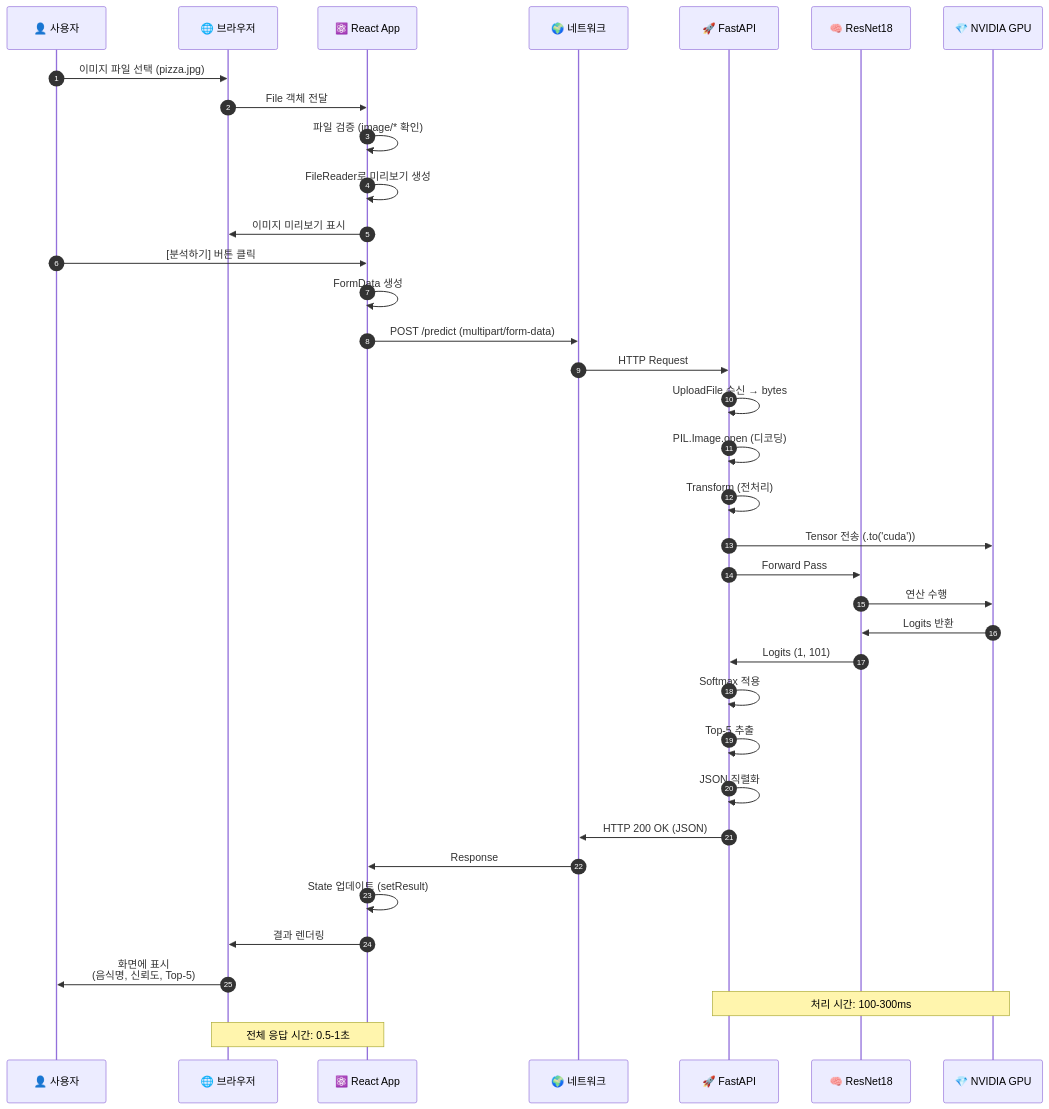
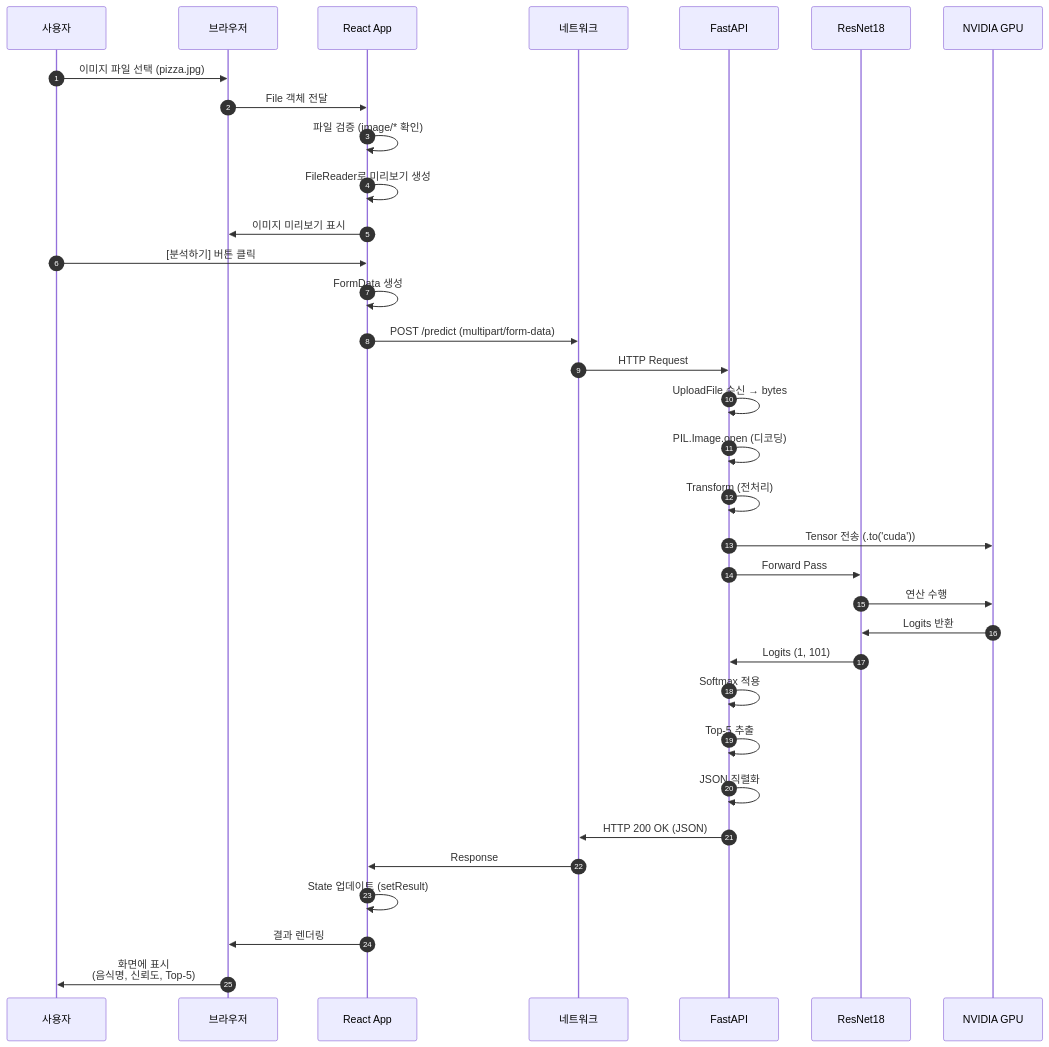
One commit to 15tkdgns/cnn changed the tenth of 11 diagrams in diagrams/PROJECT_FLOW_MERMAID.md. Above: the diagram before and after it, drawn with Mermaid. The commit also changed other lines of this file, not shown here.

First line of the commit message:
Refactor: Mermaid 다이어그램 검증 및 가독성 개선

````diff
--- a/diagrams/PROJECT_FLOW_MERMAID.md
+++ b/diagrams/PROJECT_FLOW_MERMAID.md
@@ -421,45 +383,42 @@
 ```mermaid
 sequenceDiagram
     autonumber
-    participant User as 👤 사용자
-    participant Browser as 🌐 브라우저
-    participant React as ⚛️ React App
-    participant Network as 🌍 네트워크
-    participant FastAPI as 🚀 FastAPI
-    participant Model as 🧠 ResNet18
-    participant GPU as 💎 NVIDIA GPU
+    participant User as 사용자
+    participant Browser as 브라우저
+    participant React as React App
+    participant Network as 네트워크
+    participant FastAPI as FastAPI
+    participant Model as ResNet18
+    participant GPU as NVIDIA GPU
 
     User->>Browser: 이미지 파일 선택 (pizza.jpg)
     Browser->>React: File 객체 전달
     React->>React: 파일 검증 (image/* 확인)
     React->>React: FileReader로 미리보기 생성
     React->>Browser: 이미지 미리보기 표시
 
     User->>React: [분석하기] 버튼 클릭
     React->>React: FormData 생성
     React->>Network: POST /predict (multipart/form-data)
 
     Network->>FastAPI: HTTP Request
     FastAPI->>FastAPI: UploadFile 수신 → bytes
     FastAPI->>FastAPI: PIL.Image.open (디코딩)
     FastAPI->>FastAPI: Transform (전처리)
     FastAPI->>GPU: Tensor 전송 (.to('cuda'))
 
     FastAPI->>Model: Forward Pass
     Model->>GPU: 연산 수행
     GPU->>Model: Logits 반환
     Model->>FastAPI: Logits (1, 101)
 
     FastAPI->>FastAPI: Softmax 적용
     FastAPI->>FastAPI: Top-5 추출
     FastAPI->>FastAPI: JSON 직렬화
 
     FastAPI->>Network: HTTP 200 OK (JSON)
     Network->>React: Response
     React->>React: State 업데이트 (setResult)
     React->>Browser: 결과 렌더링
     Browser->>User: 화면에 표시<br/>(음식명, 신뢰도, Top-5)
-
-    Note over FastAPI,GPU: 처리 시간: 100-300ms
-    Note over React,Browser: 전체 응답 시간: 0.5-1초
 ```
````
